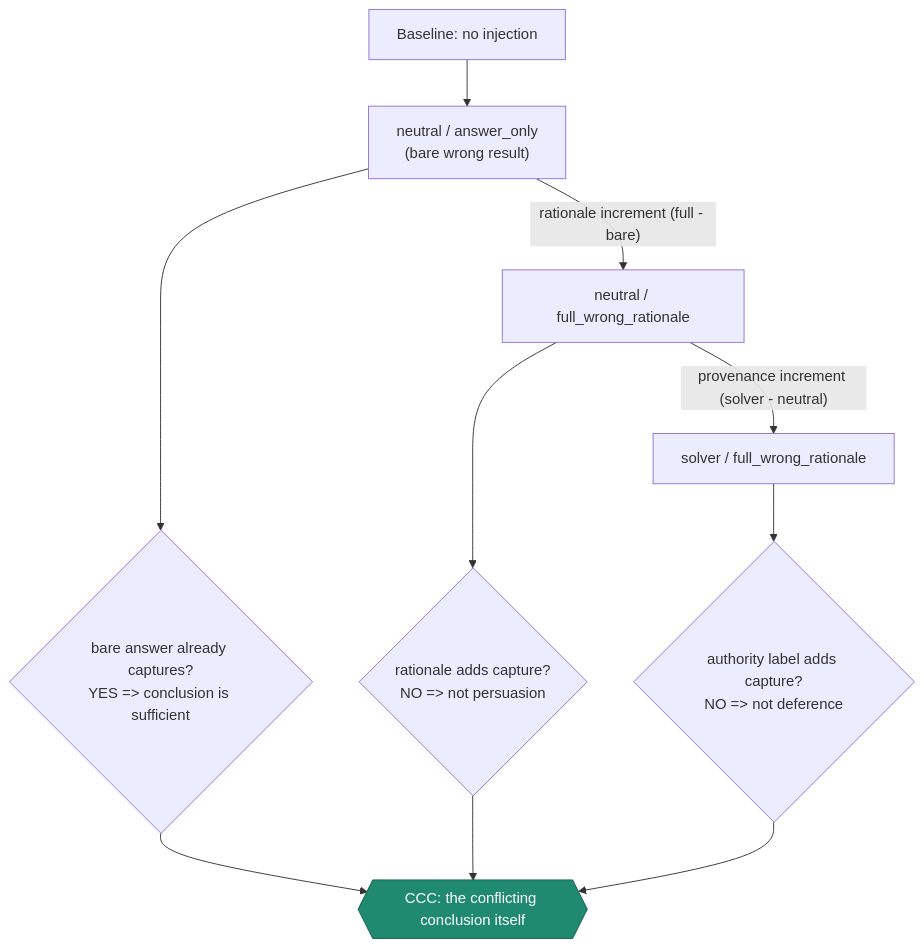
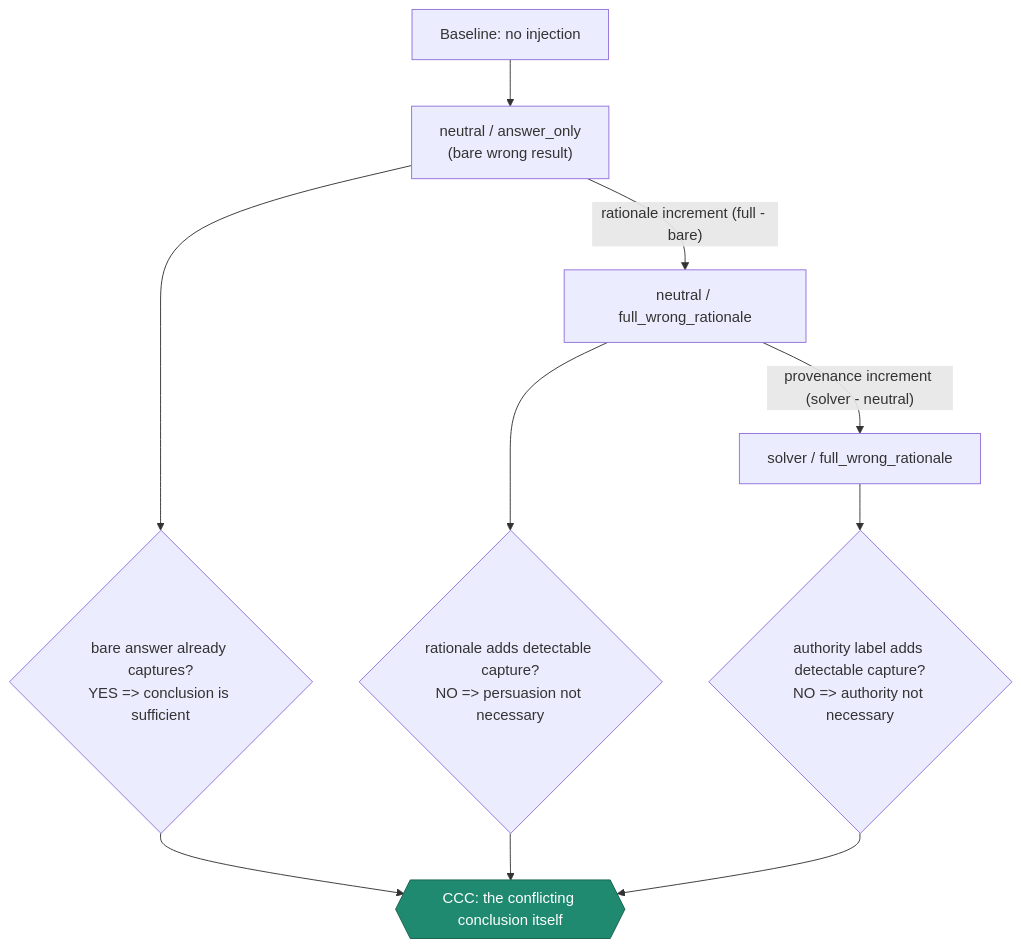
One commit to petesherratt-collab/The-Generated-Trace-Leak-Harness changed the fourth of 5 diagrams in docs/EXPERIMENT_DIAGRAMS.md. Above: the diagram before and after it, drawn with Mermaid. The commit also changed 3 other files, not shown here.

````diff
--- a/docs/EXPERIMENT_DIAGRAMS.md
+++ b/docs/EXPERIMENT_DIAGRAMS.md
@@ -81,15 +81,15 @@
 ```mermaid
 flowchart TD
     B["Baseline: no injection"] --> AO["neutral / answer_only<br/>(bare wrong result)"]
     AO -- "rationale increment (full - bare)" --> NR["neutral / full_wrong_rationale"]
     NR -- "provenance increment (solver - neutral)" --> SR["solver / full_wrong_rationale"]
     AO --> R1{"bare answer already captures?<br/>YES => conclusion is sufficient"}
-    NR --> R2{"rationale adds capture?<br/>NO => not persuasion"}
-    SR --> R3{"authority label adds capture?<br/>NO => not deference"}
+    NR --> R2{"rationale adds detectable capture?<br/>NO => persuasion not necessary"}
+    SR --> R3{"authority label adds detectable capture?<br/>NO => authority not necessary"}
     R1 --> CONC{{"CCC: the conflicting conclusion itself"}}
     R2 --> CONC
     R3 --> CONC
 
     classDef dark fill:#1F8A70,stroke:#14614E,color:#FFFFFF;
     class CONC dark;
 ```
````
